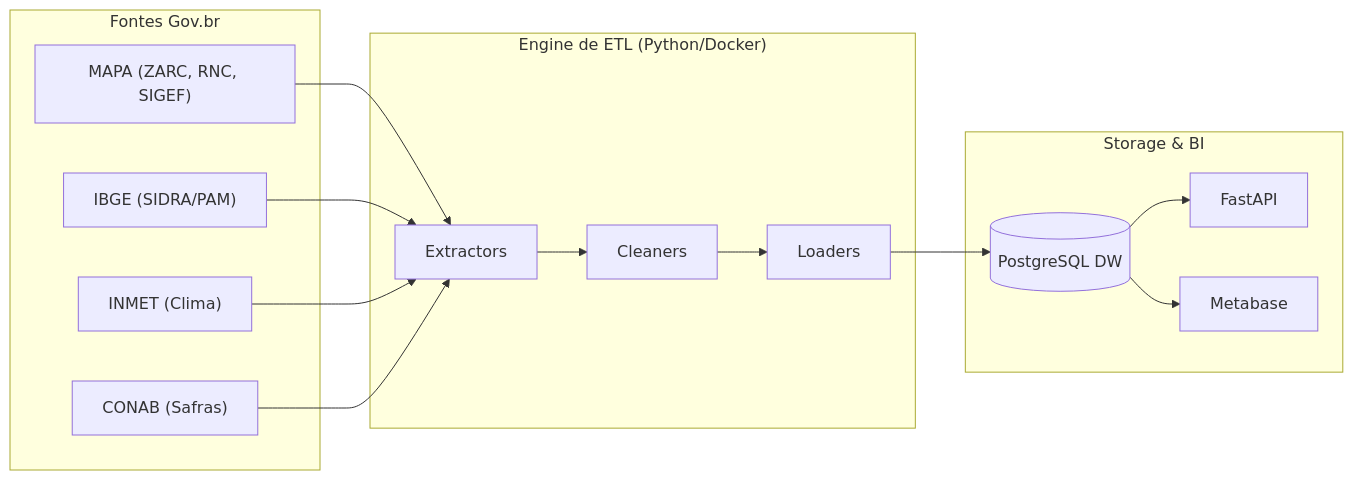
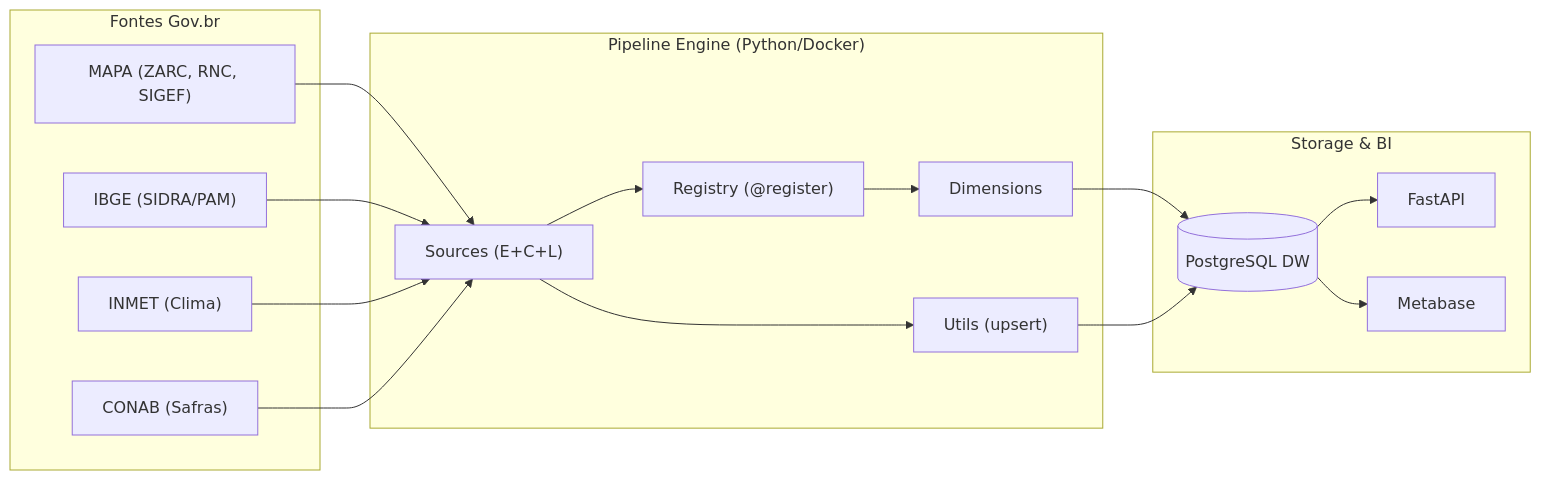
One commit to cirovisk/cultivaresPortfolio changed the second of 2 diagrams in docs/ARCHITECTURE_VISUAL.md. Above: the diagram before and after it, drawn with Mermaid. The commit also changed other lines of this file and 36 other files, not shown here.

Commit message:
refactor: restructure pipeline architecture by migrating extraction and cleaning logic into a unified source registry system

````diff
--- a/docs/ARCHITECTURE_VISUAL.md
+++ b/docs/ARCHITECTURE_VISUAL.md
@@ -67,33 +67,36 @@
 ```mermaid
 graph LR
     subgraph "Fontes Gov.br"
         MAPA["MAPA (ZARC, RNC, SIGEF)"]
         IBGE["IBGE (SIDRA/PAM)"]
         INMET["INMET (Clima)"]
         CONAB["CONAB (Safras)"]
     end
 
-    subgraph "Engine de ETL (Python/Docker)"
-        EX["Extractors"]
-        CL["Cleaners"]
-        LD["Loaders"]
+    subgraph "Pipeline Engine (Python/Docker)"
+        REG["Registry (@register)"]
+        SRC["Sources (E+C+L)"]
+        DIM["Dimensions"]
+        UTL["Utils (upsert)"]
     end
 
     subgraph "Storage & BI"
         PG[(PostgreSQL DW)]
         API["FastAPI"]
         MB["Metabase"]
     end
 
-    MAPA --> EX
-    IBGE --> EX
-    INMET --> EX
-    CONAB --> EX
+    MAPA --> SRC
+    IBGE --> SRC
+    INMET --> SRC
+    CONAB --> SRC
     
-    EX --> CL
-    CL --> LD
-    LD --> PG
+    SRC --> REG
+    REG --> DIM
+    DIM --> PG
+    SRC --> UTL
+    UTL --> PG
     
     PG --> API
     PG --> MB
 ```
````
